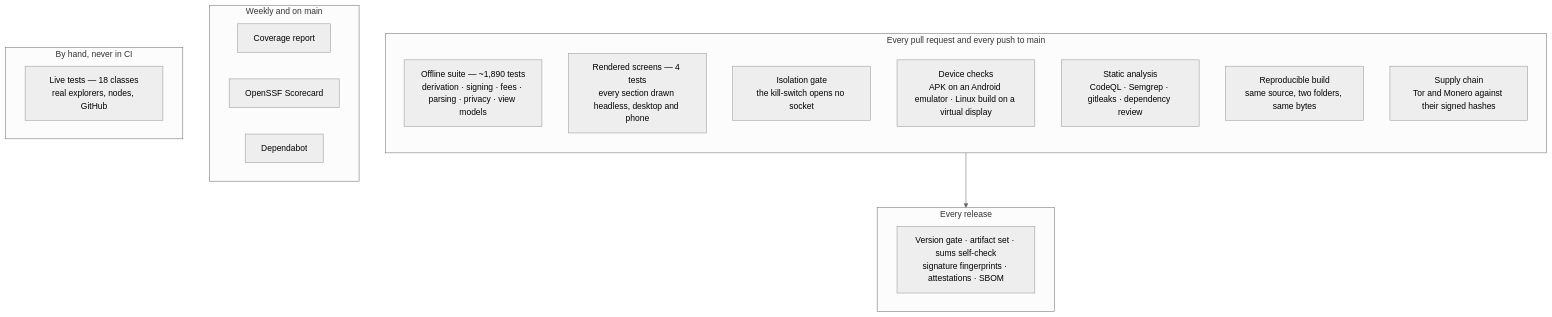
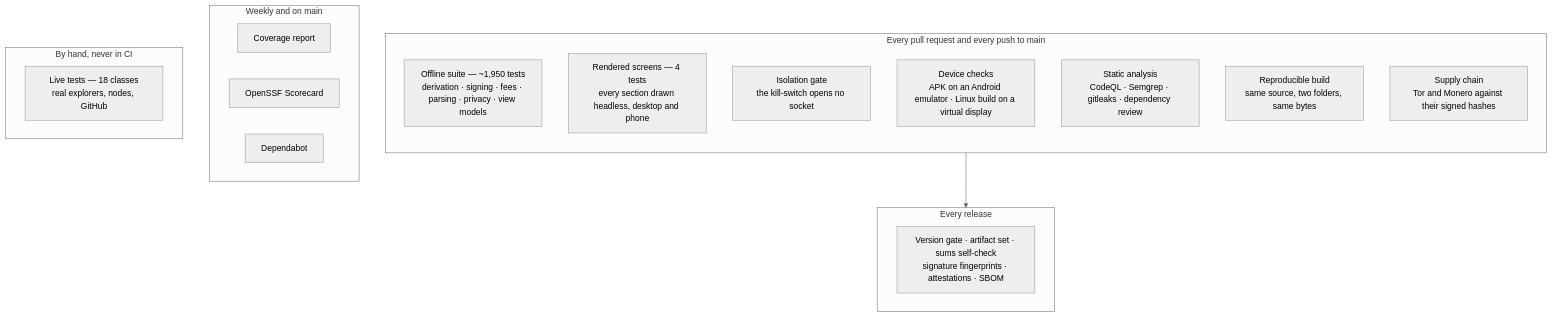
Before and after one commit to thefear078/Phobia-Wallet: the diagram in docs/testing.md, drawn with Mermaid (neutral theme). The commit also changed other lines of this file and 30 other files, not shown here.

````diff
--- a/docs/testing.md
+++ b/docs/testing.md
@@ -9,25 +9,25 @@
 ```mermaid
 flowchart TB
     subgraph PR["Every pull request and every push to main"]
         direction TB
-        U["Offline suite — ~1,890 tests<br/>derivation · signing · fees · parsing · privacy · view models"]
+        U["Offline suite — ~1,950 tests<br/>derivation · signing · fees · parsing · privacy · view models"]
         UI["Rendered screens — 4 tests<br/>every section drawn headless, desktop and phone"]
         ISO["Isolation gate<br/>the kill-switch opens no socket"]
         DEV["Device checks<br/>APK on an Android emulator · Linux build on a virtual display"]
         SAST["Static analysis<br/>CodeQL · Semgrep · gitleaks · dependency review"]
         REP["Reproducible build<br/>same source, two folders, same bytes"]
         SUP["Supply chain<br/>Tor and Monero against their signed hashes"]
     end
     subgraph WEEK["Weekly and on main"]
         COV["Coverage report"]
         SC["OpenSSF Scorecard"]
         DEP["Dependabot"]
     end
     subgraph HAND["By hand, never in CI"]
         LIVE["Live tests — 18 classes<br/>real explorers, nodes, GitHub"]
     end
     subgraph REL["Every release"]
         GATE["Version gate · artifact set · sums self-check<br/>signature fingerprints · attestations · SBOM"]
     end
     PR --> REL
 ```
````
